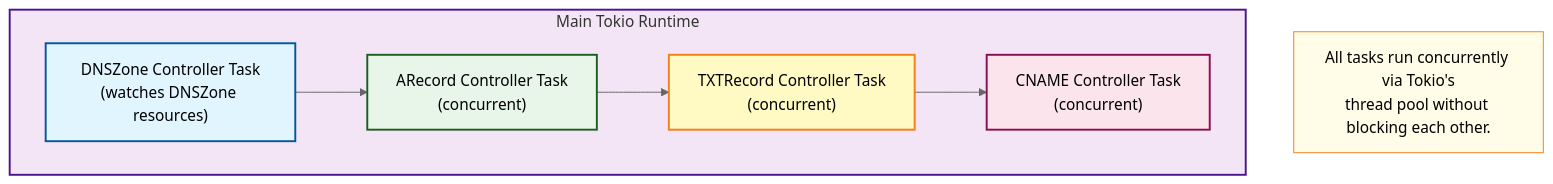
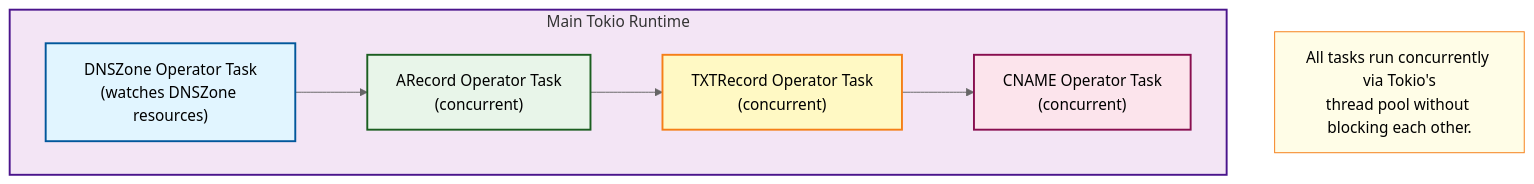
Before and after one commit to firestoned/bindy: the second of 2 diagrams in docs/src/concepts/architecture-technical.md, drawn with Mermaid (neutral theme). The commit also changed other lines of this file and 150 other files, not shown here.

Commit message:
Change the occurences from controller to operator (#83)

````diff
--- a/docs/src/concepts/architecture-technical.md
+++ b/docs/src/concepts/architecture-technical.md
@@ -114,22 +114,22 @@
 ```mermaid
 graph TB
     subgraph runtime["Main Tokio Runtime"]
-        dnszone_task["DNSZone Controller Task<br/>(watches DNSZone resources)"]
-        arecord_task["ARecord Controller Task<br/>(concurrent)"]
-        txt_task["TXTRecord Controller Task<br/>(concurrent)"]
-        cname_task["CNAME Controller Task<br/>(concurrent)"]
+        dnszone_task["DNSZone Operator Task<br/>(watches DNSZone resources)"]
+        arecord_task["ARecord Operator Task<br/>(concurrent)"]
+        txt_task["TXTRecord Operator Task<br/>(concurrent)"]
+        cname_task["CNAME Operator Task<br/>(concurrent)"]
 
         dnszone_task --> arecord_task
         arecord_task --> txt_task
         txt_task --> cname_task
     end
 
     note["All tasks run concurrently via Tokio's<br/>thread pool without blocking each other."]
 
     style runtime fill:#f3e5f5,stroke:#4a148c,stroke-width:2px
     style dnszone_task fill:#e1f5ff,stroke:#01579b,stroke-width:2px
     style arecord_task fill:#e8f5e9,stroke:#1b5e20,stroke-width:2px
     style txt_task fill:#fff9c4,stroke:#f57f17,stroke-width:2px
     style cname_task fill:#fce4ec,stroke:#880e4f,stroke-width:2px
     style note fill:#fffde7,stroke:#f57f17,stroke-width:1px
 ```
````
